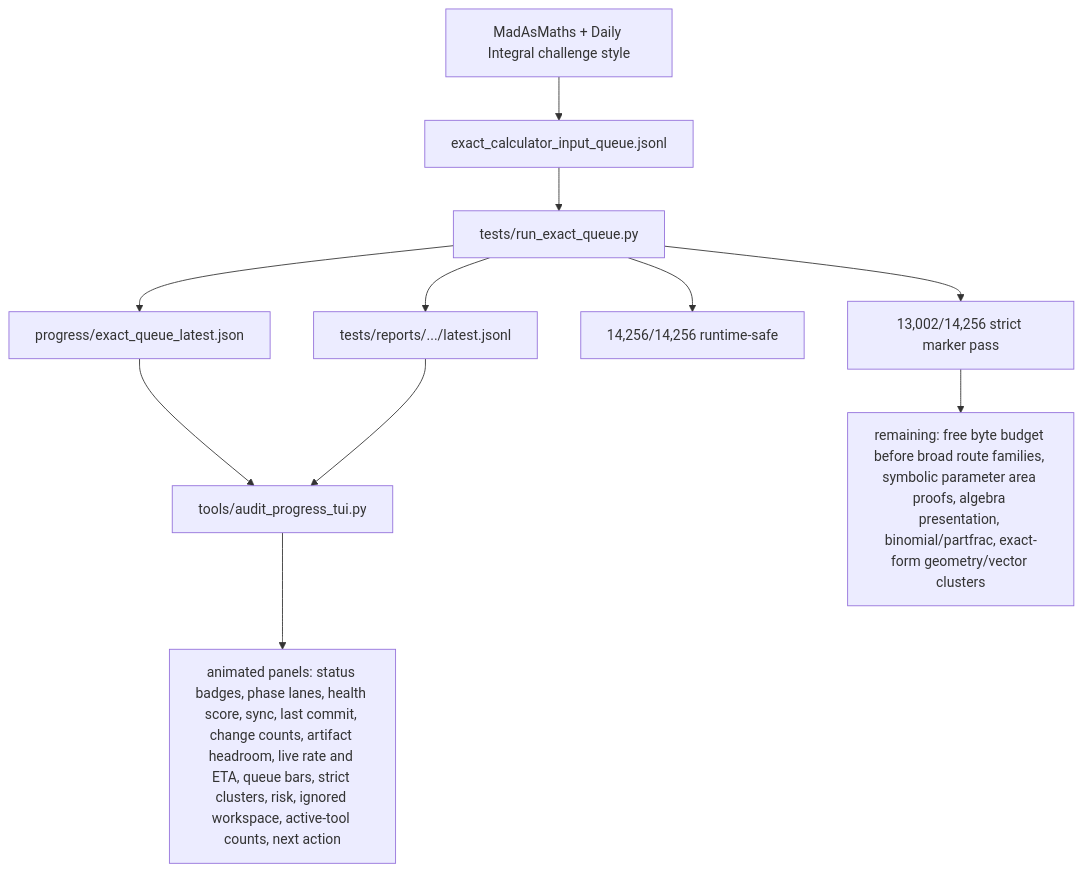
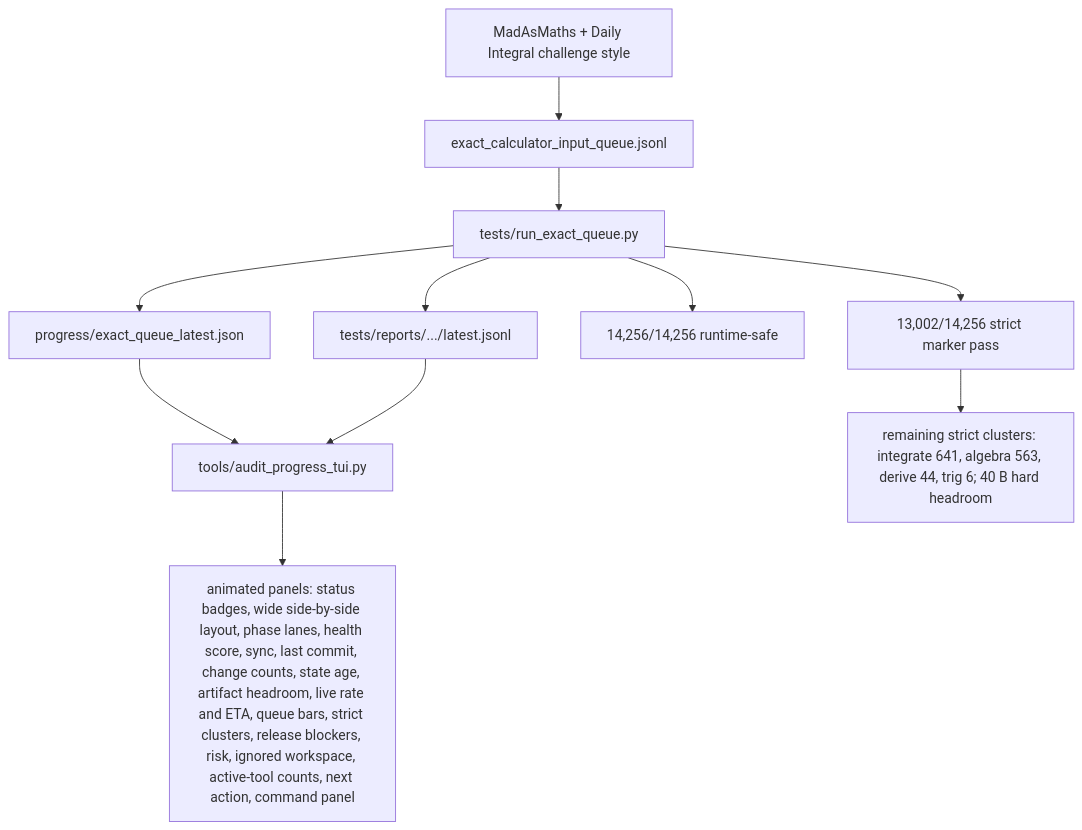
Before and after one commit to james8464/notes-addin-casio-fx-cg50: the fifth of 6 diagrams in docs/GRAPH.md, drawn with Mermaid. The commit also changed other lines of this file and 4 other files, not shown here.

Commit message:
improve audit tui and definite ln route

````diff
--- a/docs/GRAPH.md
+++ b/docs/GRAPH.md
@@ -60,13 +60,13 @@
 ```mermaid
 graph TD
   Online["MadAsMaths + Daily Integral challenge style"] --> Queue["exact_calculator_input_queue.jsonl"]
   Queue --> Runner["tests/run_exact_queue.py"]
   Runner --> Live["progress/exact_queue_latest.json"]
   Runner --> Report["tests/reports/.../latest.jsonl"]
   Live --> TUI["tools/audit_progress_tui.py"]
   Report --> TUI
-  TUI --> Panels["animated panels: status badges, phase lanes, health score, sync, last commit, change counts, artifact headroom, live rate and ETA, queue bars, strict clusters, risk, ignored workspace, active-tool counts, next action"]
+  TUI --> Panels["animated panels: status badges, wide side-by-side layout, phase lanes, health score, sync, last commit, change counts, state age, artifact headroom, live rate and ETA, queue bars, strict clusters, release blockers, risk, ignored workspace, active-tool counts, next action, command panel"]
   Runner --> Runtime["14,256/14,256 runtime-safe"]
   Runner --> Strict["13,002/14,256 strict marker pass"]
-  Strict --> Remaining["remaining: free byte budget before broad route families, symbolic parameter area proofs, algebra presentation, binomial/partfrac, exact-form geometry/vector clusters"]
+  Strict --> Remaining["remaining strict clusters: integrate 641, algebra 563, derive 44, trig 6; 40 B hard headroom"]
 ```
````
